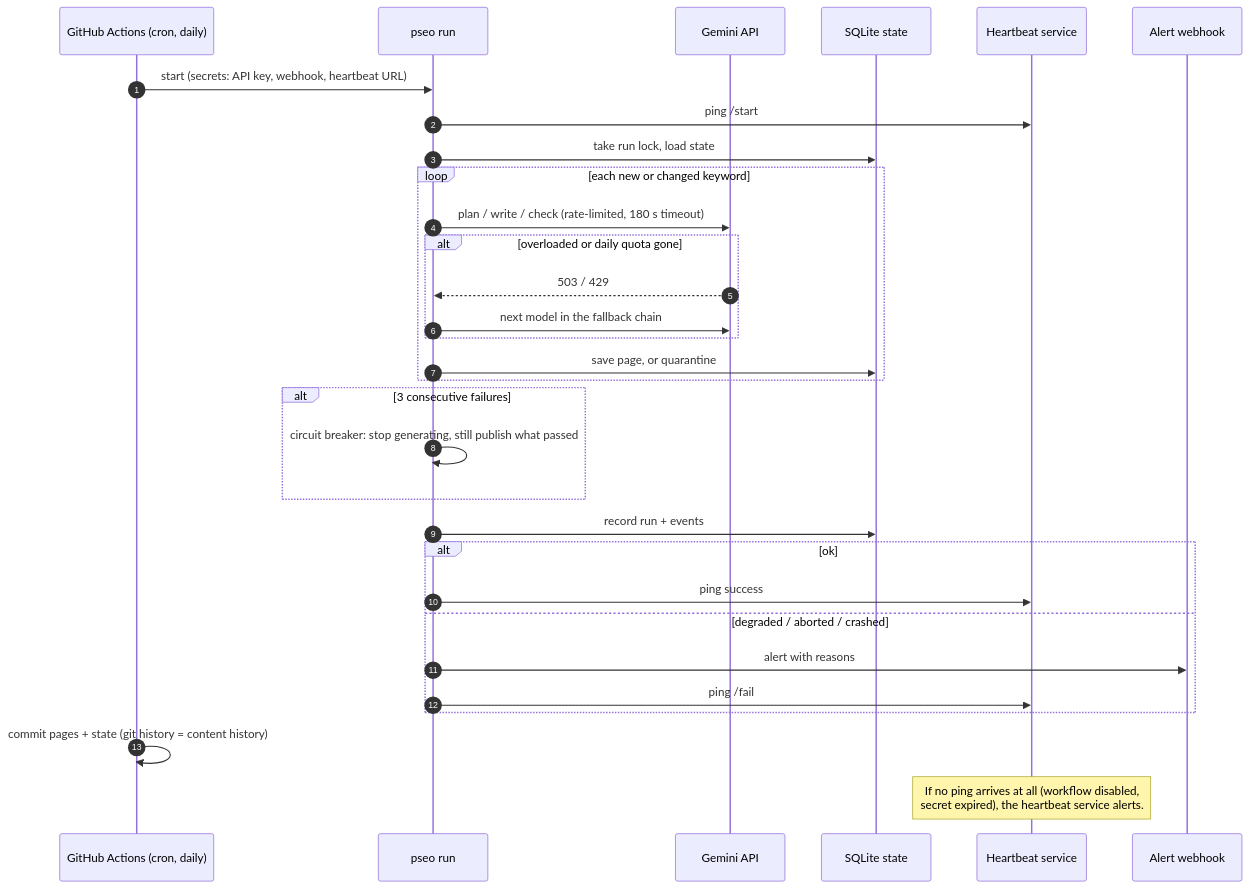
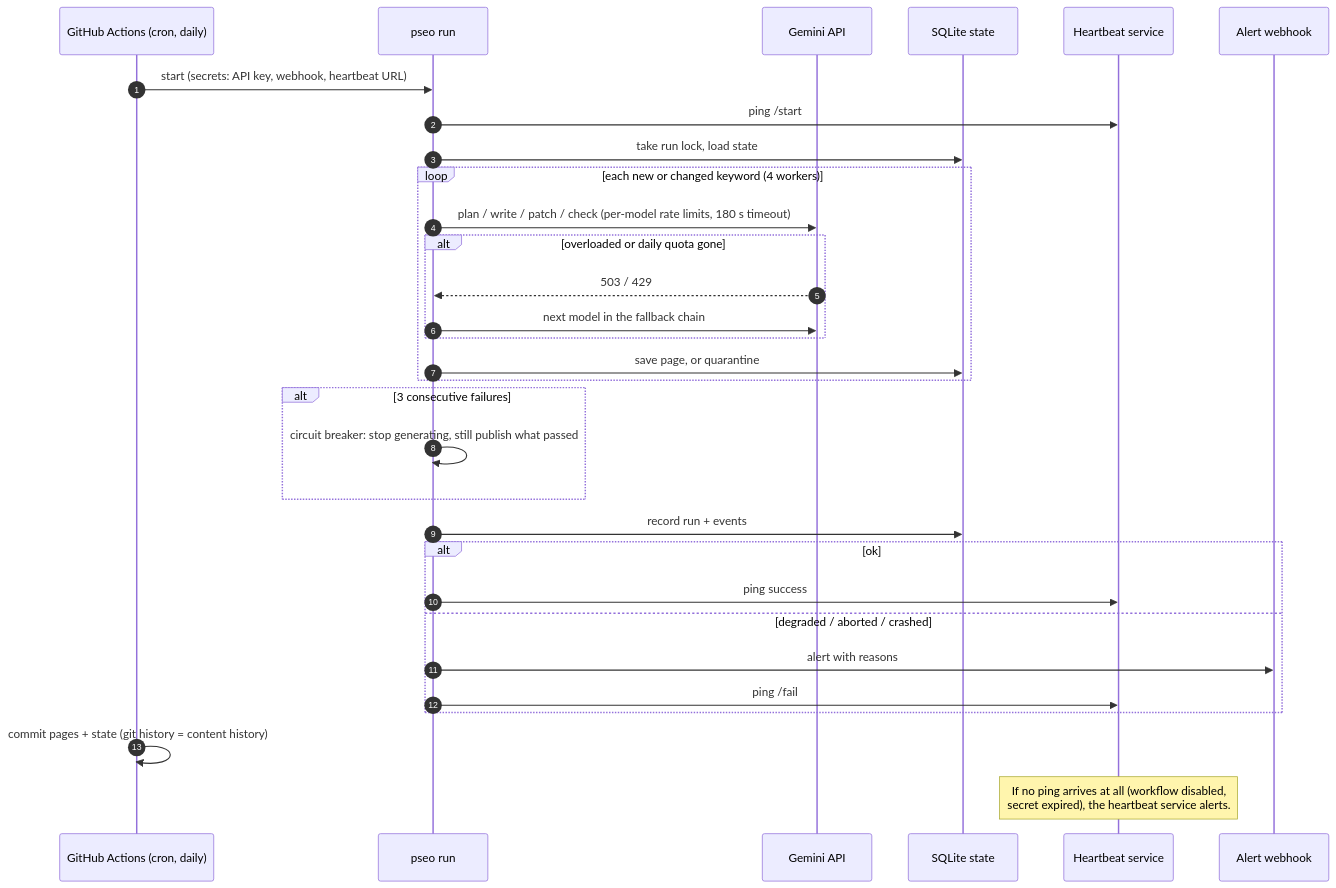
The third of 3 diagrams in docs/ARCHITECTURE.md (EdNoX04/sanibha-pseo), drawn with Mermaid before and after one commit. The commit also changed other lines of this file and 60 other files, not shown here.

````diff
--- a/docs/ARCHITECTURE.md
+++ b/docs/ARCHITECTURE.md
@@ -75,34 +86,34 @@
 ```mermaid
 sequenceDiagram
     autonumber
     participant GH as GitHub Actions (cron, daily)
     participant P as pseo run
     participant G as Gemini API
     participant DB as SQLite state
     participant HB as Heartbeat service
     participant AL as Alert webhook
 
     GH->>P: start (secrets: API key, webhook, heartbeat URL)
     P->>HB: ping /start
     P->>DB: take run lock, load state
-    loop each new or changed keyword
-        P->>G: plan / write / check (rate-limited, 180 s timeout)
+    loop each new or changed keyword (4 workers)
+        P->>G: plan / write / patch / check (per-model rate limits, 180 s timeout)
         alt overloaded or daily quota gone
             G-->>P: 503 / 429
             P->>G: next model in the fallback chain
         end
         P->>DB: save page, or quarantine
     end
     alt 3 consecutive failures
         P->>P: circuit breaker: stop generating, still publish what passed
     end
     P->>DB: record run + events
     alt ok
         P->>HB: ping success
     else degraded / aborted / crashed
         P->>AL: alert with reasons
         P->>HB: ping /fail
     end
     GH->>GH: commit pages + state (git history = content history)
     Note over HB: If no ping arrives at all (workflow disabled,<br/>secret expired), the heartbeat service alerts.
 ```
````
